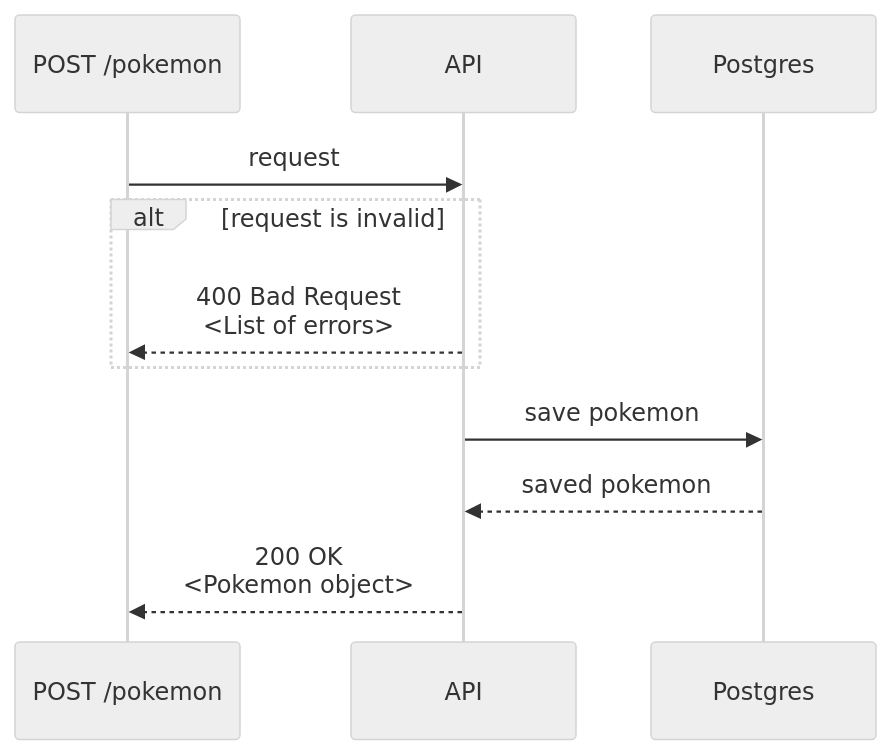
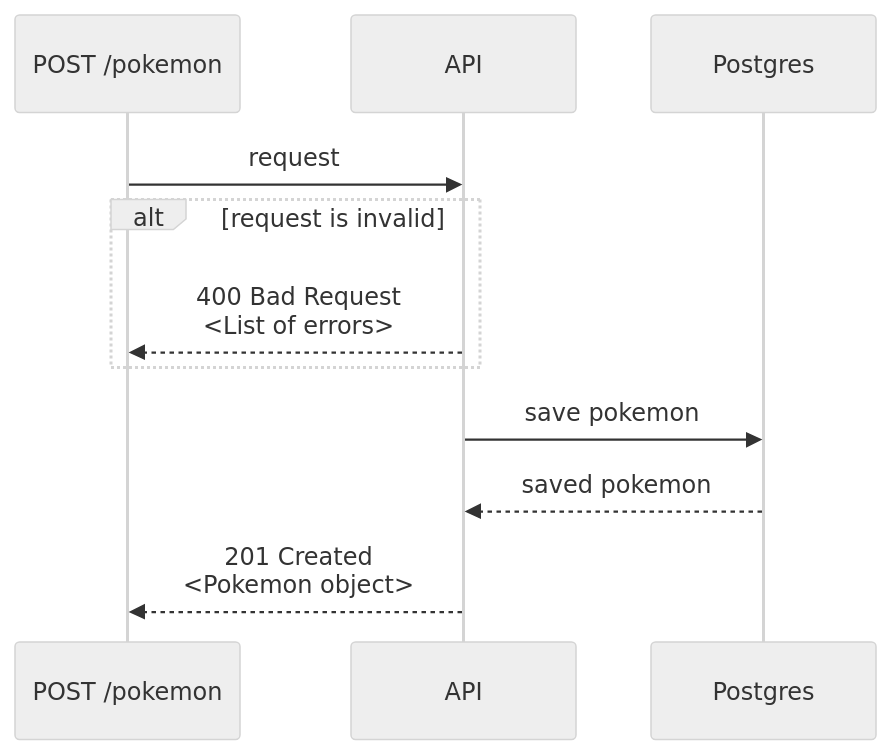
One commit to kubeshop/tracetest changed the diagram in docs/docs/live-examples/pokeshop/use-cases/add-pokemon.md. Above: the diagram before and after it, drawn with Mermaid (neutral theme). The commit also changed other lines of this file and 5 other files, not shown here.

````diff
--- a/docs/docs/live-examples/pokeshop/use-cases/add-pokemon.md
+++ b/docs/docs/live-examples/pokeshop/use-cases/add-pokemon.md
@@ -5,17 +5,17 @@
 ```mermaid
 sequenceDiagram
     participant Endpoint as POST /pokemon
     participant API as API
     participant Database as Postgres
     
     Endpoint->>API: request
 
     alt request is invalid
         API-->>Endpoint: 400 Bad Request <br> <List of errors>
     end
 
     API->>Database: save pokemon
     Database-->>API: saved pokemon
 
-    API-->>Endpoint: 200 OK <br> <Pokemon object>
+    API-->>Endpoint: 201 Created <br> <Pokemon object>
 ```
````
